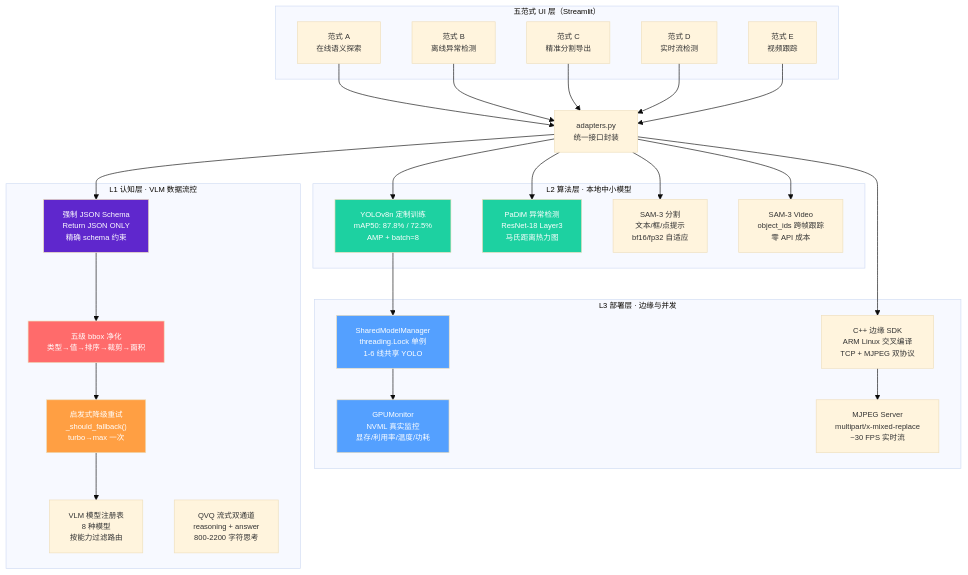
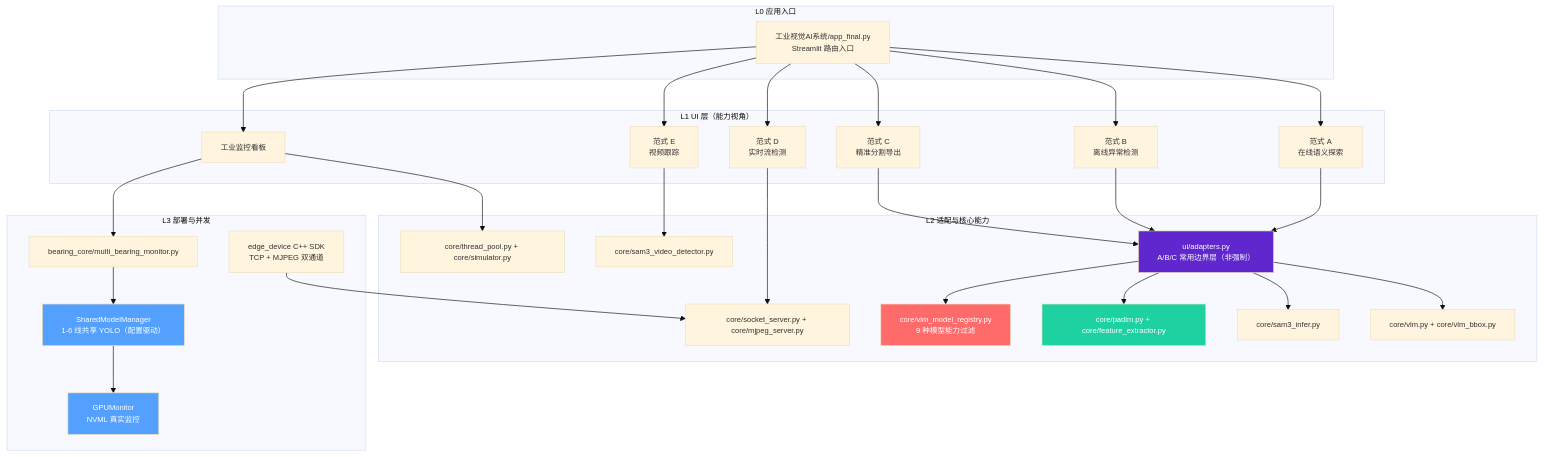
The first of 4 diagrams in README.md (2549227674/vlm-sam-industrial-vision), drawn with Mermaid before and after one commit. The commit also changed other lines of this file, not shown here.

Commit message:
docs(readme): fix structure accuracy and mermaid architecture maps

````diff
--- a/README.md
+++ b/README.md
@@ -147,54 +149,52 @@
 ```mermaid
 %%{init: {'theme': 'base', 'themeVariables': {'fontSize': '12px'}}}%%
 graph TB
-    subgraph "L3 部署层 · 边缘与并发"
-        SMM["SharedModelManager<br/>threading.Lock 单例<br/>1-6 线共享 YOLO"]
-        GPU["GPUMonitor<br/>NVML 真实监控<br/>显存/利用率/温度/功耗"]
-        CPP["C++ 边缘 SDK<br/>ARM Linux 交叉编译<br/>TCP + MJPEG 双协议"]
-        MJS["MJPEG Server<br/>multipart/x-mixed-replace<br/>~30 FPS 实时流"]
+    subgraph "L0 应用入口"
+        APP["工业视觉AI系统/app_final.py<br/>Streamlit 路由入口"]
     end
 
-    subgraph "L2 算法层 · 本地中小模型"
-        YOLO["YOLOv8n 定制训练<br/>mAP50: 87.8% / 72.5%<br/>AMP + batch=8"]
-        PAD["PaDiM 异常检测<br/>ResNet-18 Layer3<br/>马氏距离热力图"]
-        SAM3["SAM-3 分割<br/>文本/框/点提示<br/>bf16/fp32 自适应"]
-        VID["SAM-3 Video<br/>object_ids 跨帧跟踪<br/>零 API 成本"]
-    end
-
-    subgraph "L1 认知层 · VLM 数据流控"
-        JSON["强制 JSON Schema<br/>Return JSON ONLY<br/>精确 schema 约束"]
-        FIVE["五级 bbox 净化<br/>类型→值→排序→裁剪→面积"]
-        FALL["启发式降级重试<br/>_should_fallback()<br/>turbo→max 一次"]
-        REG["VLM 模型注册表<br/>8 种模型<br/>按能力过滤路由"]
-        QVQ["QVQ 流式双通道<br/>reasoning + answer<br/>800-2200 字符思考"]
-    end
-
-    subgraph "五范式 UI 层（Streamlit）"
+    subgraph "L1 UI 层（能力视角）"
         PA["范式 A<br/>在线语义探索"]
         PB["范式 B<br/>离线异常检测"]
         PC["范式 C<br/>精准分割导出"]
         PD["范式 D<br/>实时流检测"]
         PE["范式 E<br/>视频跟踪"]
+        PM["工业监控看板"]
     end
 
-    PA & PB & PC & PD & PE --> adapters["adapters.py<br/>统一接口封装"]
-    adapters --> JSON
-    JSON --> FIVE --> FALL
-    FALL --> REG
-    adapters --> SAM3
-    adapters --> YOLO
-    adapters --> PAD
-    adapters --> VID
-    YOLO --> SMM
-    SMM --> GPU
-    adapters --> CPP
-    CPP --> MJS
+    subgraph "L2 适配与核心能力"
+        ADP["ui/adapters.py<br/>A/B/C 常用边界层（非强制）"]
+        VLM["core/vlm.py + core/vlm_bbox.py"]
+        REG["core/vlm_model_registry.py<br/>9 种模型能力过滤"]
+        SAM3["core/sam3_infer.py"]
+        PAD["core/padim.py + core/feature_extractor.py"]
+        VID["core/sam3_video_detector.py"]
+        EDGE["core/socket_server.py + core/mjpeg_server.py"]
+        TPOOL["core/thread_pool.py + core/simulator.py"]
+    end
 
-    style JSON fill:#5f27cd,color:#fff
-    style FIVE fill:#ff6b6b,color:#fff
-    style FALL fill:#ff9f43,color:#fff
+    subgraph "L3 部署与并发"
+        MBM["bearing_core/multi_bearing_monitor.py"]
+        SMM["SharedModelManager<br/>1-6 线共享 YOLO（配置驱动）"]
+        GPU["GPUMonitor<br/>NVML 真实监控"]
+        CPP["edge_device C++ SDK<br/>TCP + MJPEG 双通道"]
+    end
+
+    APP --> PA & PB & PC & PD & PE & PM
+    PA --> ADP
+    PB --> ADP
+    PC --> ADP
+    ADP --> VLM & SAM3 & PAD & REG
+    PD --> EDGE
+    PE --> VID
+    PM --> TPOOL
+    PM --> MBM
+    MBM --> SMM --> GPU
+    CPP --> EDGE
+
+    style ADP fill:#5f27cd,color:#fff
+    style REG fill:#ff6b6b,color:#fff
     style PAD fill:#1dd1a1,color:#fff
-    style YOLO fill:#1dd1a1,color:#fff
     style SMM fill:#54a0ff,color:#fff
     style GPU fill:#54a0ff,color:#fff
 ```
````
